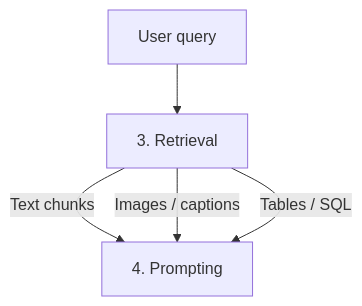
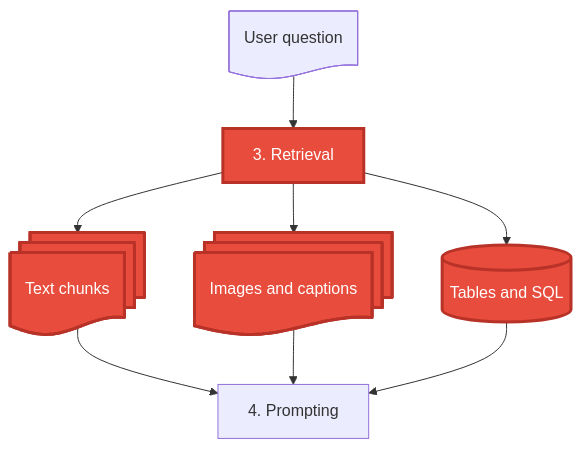
Before and after one commit to w4bo/AA2627-unibo-dcai: the tenth of 20 diagrams in slides/02-rag.qmd, drawn with Mermaid. The commit also changed other lines of this file and 2 other files, not shown here.

````diff
--- a/slides/02-rag.qmd
+++ b/slides/02-rag.qmd
@@ -625,8 +643,14 @@
 ```{mermaid}
 %%| echo: false
 flowchart TB
-  Q[User query] --> R[3. Retrieval]
-  R -->|Text chunks| P[4. Prompting]
-  R -->|Images / captions| P
-  R -->|Tables / SQL| P
+  Q@{ shape: doc, label: "User question" } --> R[3. Retrieval]
+  R --> T@{ shape: docs, label: "Text chunks" }
+  R --> I@{ shape: docs, label: "Images and captions" }
+  R --> D@{ shape: cyl, label: "Tables and SQL" }
+  T --> P[4. Prompting]
+  I --> P
+  D --> P
+
+  classDef focus fill:#e74c3c,color:#fff,stroke:#b83227,stroke-width:3px
+  class R,T,I,D focus
 ```
````
